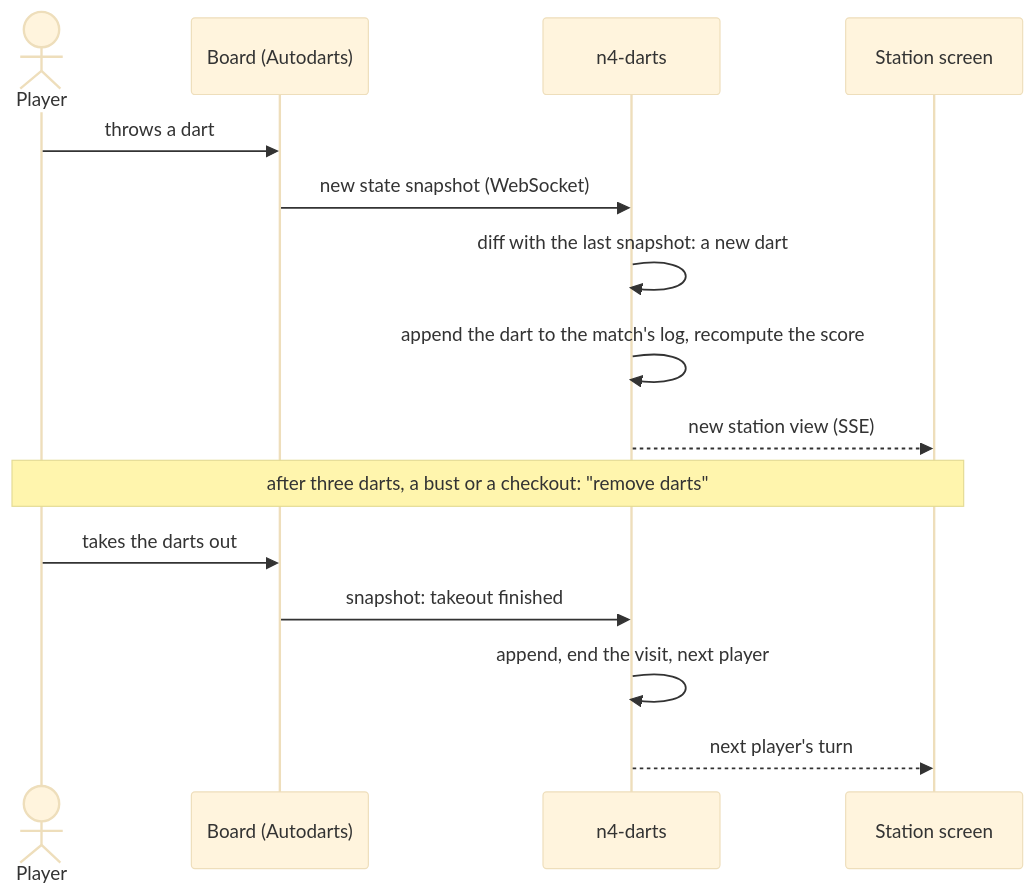
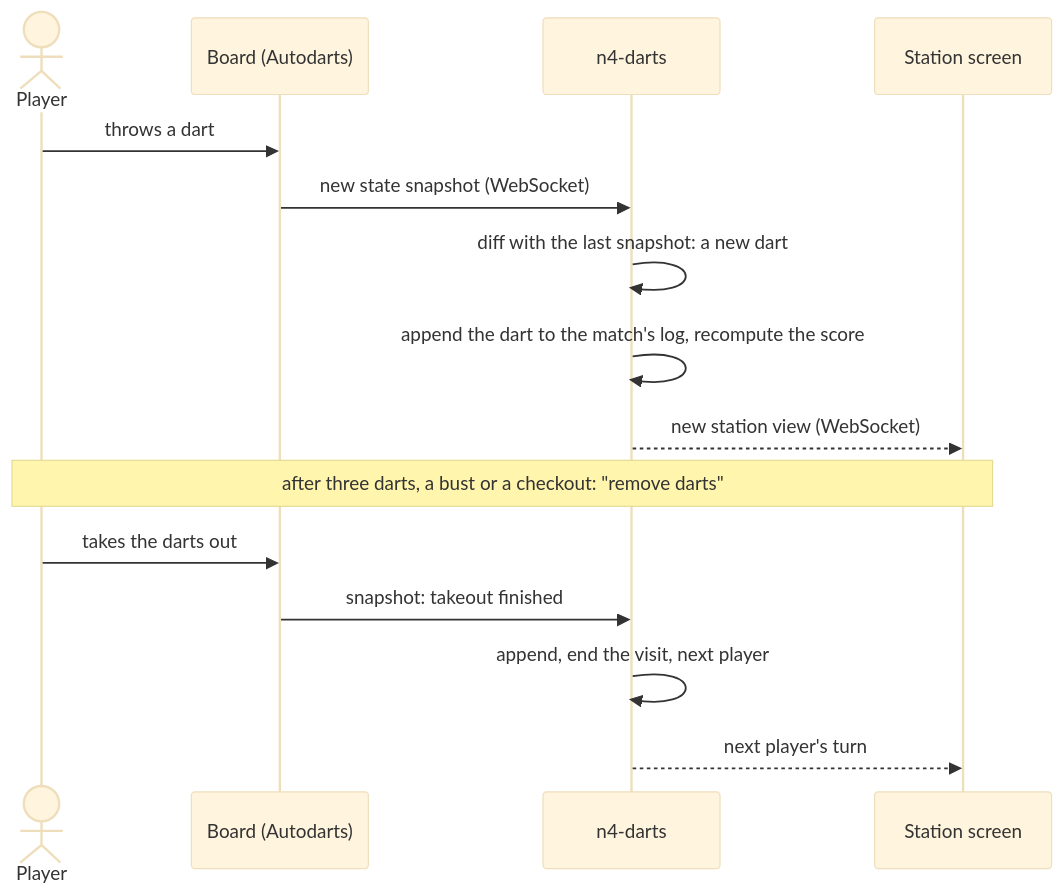
Before and after one commit to sverbach/n4-darts: the first of 7 diagrams in docs/architecture/06-runtime-view.md, drawn with Mermaid (base theme). The commit also changed other lines of this file and 12 other files, not shown here.

Commit message:
Live views over WebSockets in the docs: ADR 0011, README proxy note, OPS-04, architecture and glossary (live-websockets 03)

````diff
--- a/docs/architecture/06-runtime-view.md
+++ b/docs/architecture/06-runtime-view.md
@@ -7,18 +7,18 @@
 ```mermaid
 sequenceDiagram
     actor P as Player
     participant B as Board (Autodarts)
     participant N as n4-darts
     participant S as Station screen
 
     P->>B: throws a dart
     B->>N: new state snapshot (WebSocket)
     N->>N: diff with the last snapshot: a new dart
     N->>N: append the dart to the match's log, recompute the score
-    N-->>S: new station view (SSE)
+    N-->>S: new station view (WebSocket)
     Note over P,S: after three darts, a bust or a checkout: "remove darts"
     P->>B: takes the darts out
     B->>N: snapshot: takeout finished
     N->>N: append, end the visit, next player
     N-->>S: next player's turn
 ```
````
